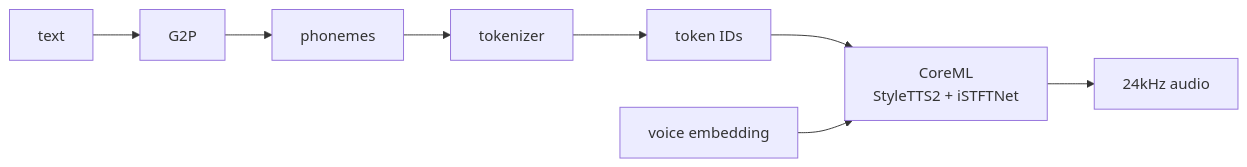
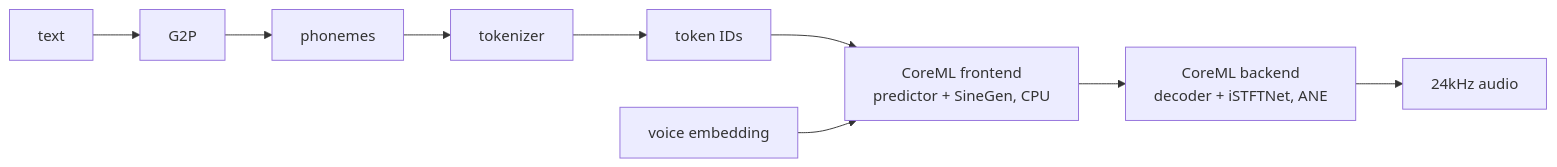
One commit to Jud/kokoro-ane changed the first of 2 diagrams in README.md. Above: the diagram before and after it, drawn with Mermaid. The commit also changed other lines of this file and 1 other file, not shown here.

````diff
--- a/README.md
+++ b/README.md
@@ -85,10 +87,11 @@
 ```mermaid
 graph LR
     A[text] --> B[G2P]
     B --> C[phonemes]
     C --> D[tokenizer]
     D --> E[token IDs]
-    E --> F[CoreML<br/>StyleTTS2 + iSTFTNet]
-    G[voice embedding] --> F
-    F --> H[24kHz audio]
+    E --> F1[CoreML frontend<br/>predictor + SineGen, CPU]
+    G[voice embedding] --> F1
+    F1 --> F2[CoreML backend<br/>decoder + iSTFTNet, ANE]
+    F2 --> H[24kHz audio]
 ```
````
